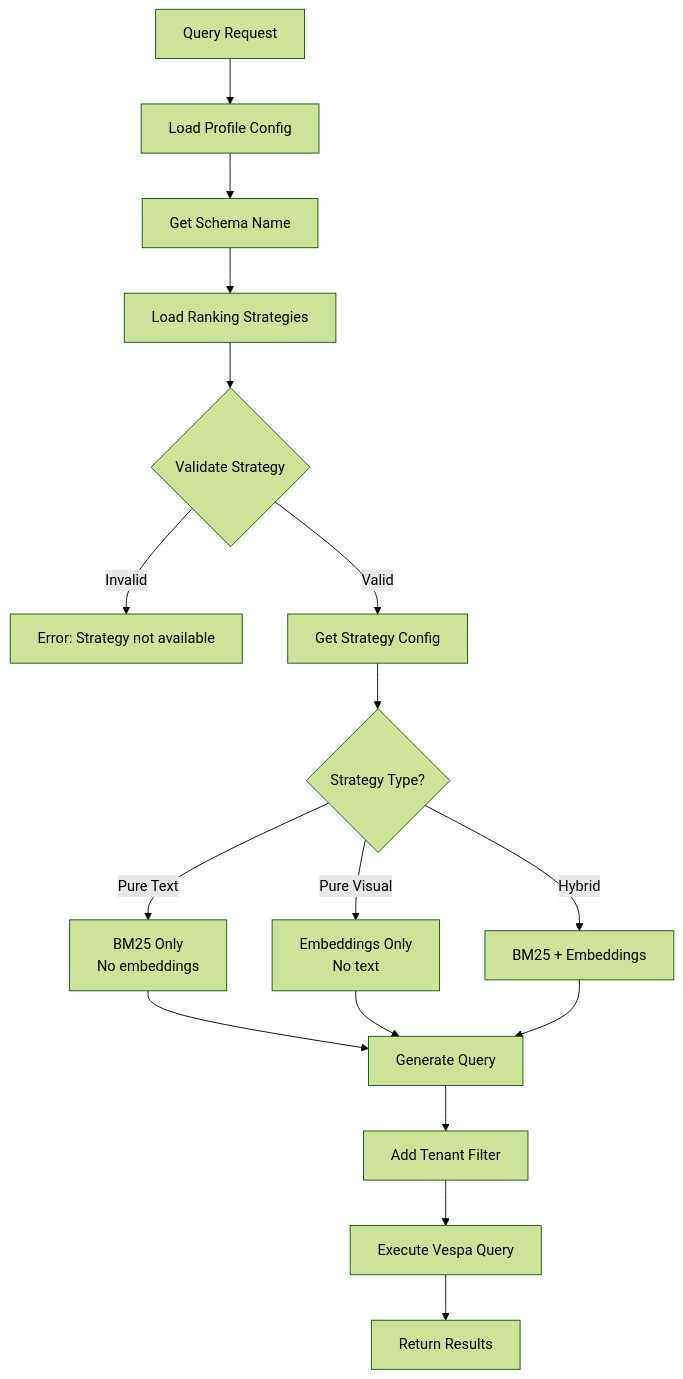
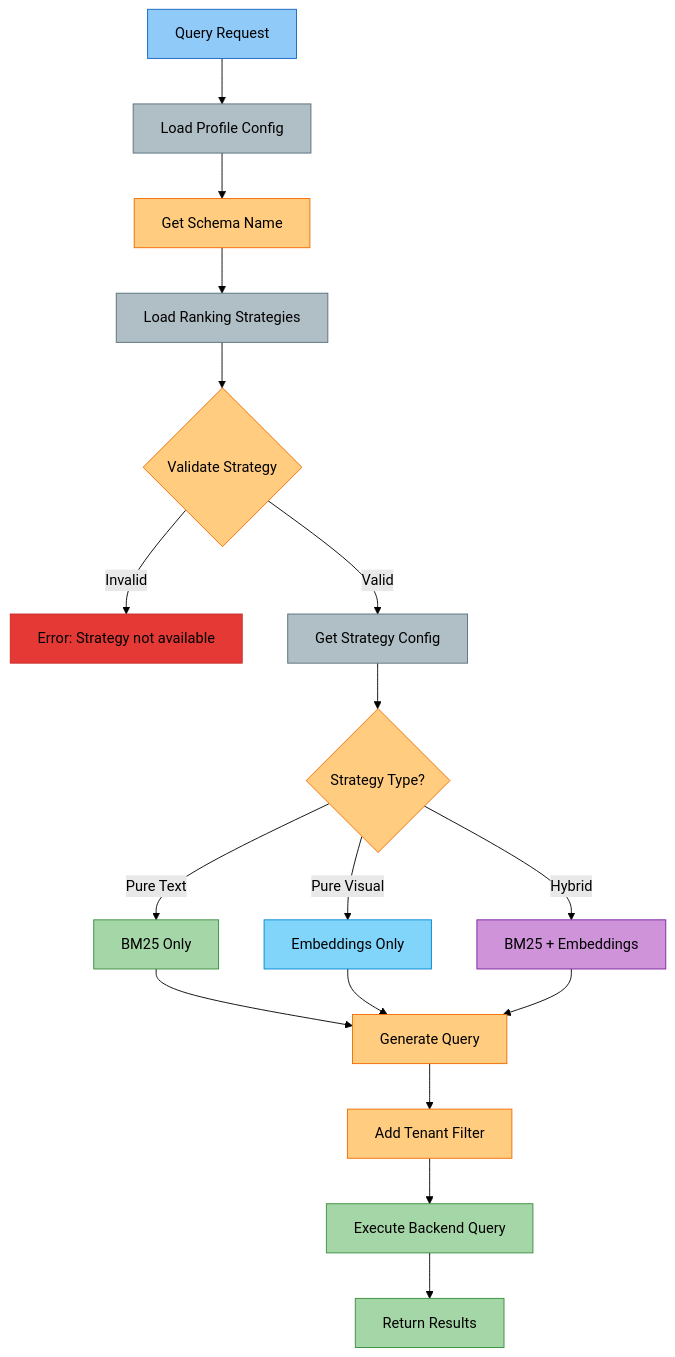
Before and after one commit to amit-jain/cogniverse: the third of 3 diagrams in docs/architecture/schema_driven_flow.md, drawn with Mermaid (forest theme). The commit also changed other lines of this file and 83 other files, not shown here.

First line of the commit message:
Fix documentation veracity, formatting, and diagrams across all modules

````diff
--- a/docs/architecture/schema_driven_flow.md
+++ b/docs/architecture/schema_driven_flow.md
@@ -119,25 +168,41 @@
 ```mermaid
-graph TD
-    A[Query Request] --> B[Load Profile Config]
-    B --> C[Get Schema Name]
-    C --> D[Load Ranking Strategies]
+flowchart TD
+    A[<span style='color:#000'>Query Request</span>] --> B[<span style='color:#000'>Load Profile Config</span>]
+    B --> C[<span style='color:#000'>Get Schema Name</span>]
+    C --> D[<span style='color:#000'>Load Ranking Strategies</span>]
 
-    D --> E{Validate Strategy}
-    E -->|Invalid| F[Error: Strategy not available]
-    E -->|Valid| G[Get Strategy Config]
+    D --> E{<span style='color:#000'>Validate Strategy</span>}
+    E -->|Invalid| F[<span style='color:#000'>Error: Strategy not available</span>]
+    E -->|Valid| G[<span style='color:#000'>Get Strategy Config</span>]
 
-    G --> H{Strategy Type?}
+    G --> H{<span style='color:#000'>Strategy Type?</span>}
 
-    H -->|Pure Text| I[BM25 Only<br/>No embeddings]
-    H -->|Pure Visual| J[Embeddings Only<br/>No text]
-    H -->|Hybrid| K[BM25 + Embeddings]
+    H -->|Pure Text| I[<span style='color:#000'>BM25 Only</span>]
+    H -->|Pure Visual| J[<span style='color:#000'>Embeddings Only</span>]
+    H -->|Hybrid| K[<span style='color:#000'>BM25 + Embeddings</span>]
 
-    I --> L[Generate Query]
+    I --> L[<span style='color:#000'>Generate Query</span>]
     J --> L
     K --> L
 
-    L --> M[Add Tenant Filter]
-    M --> N[Execute Vespa Query]
+    L --> M[<span style='color:#000'>Add Tenant Filter</span>]
+    M --> N[<span style='color:#000'>Execute Backend Query</span>]
 
-    N --> O[Return Results]
+    N --> O[<span style='color:#000'>Return Results</span>]
+
+    style A fill:#90caf9,stroke:#1565c0,color:#000
+    style B fill:#b0bec5,stroke:#546e7a,color:#000
+    style C fill:#ffcc80,stroke:#ef6c00,color:#000
+    style D fill:#b0bec5,stroke:#546e7a,color:#000
+    style E fill:#ffcc80,stroke:#ef6c00,color:#000
+    style F fill:#e53935,stroke:#c62828,color:#000
+    style G fill:#b0bec5,stroke:#546e7a,color:#000
+    style H fill:#ffcc80,stroke:#ef6c00,color:#000
+    style I fill:#a5d6a7,stroke:#388e3c,color:#000
+    style J fill:#81d4fa,stroke:#0288d1,color:#000
+    style K fill:#ce93d8,stroke:#7b1fa2,color:#000
+    style L fill:#ffcc80,stroke:#ef6c00,color:#000
+    style M fill:#ffcc80,stroke:#ef6c00,color:#000
+    style N fill:#a5d6a7,stroke:#388e3c,color:#000
+    style O fill:#a5d6a7,stroke:#388e3c,color:#000
 ```
````
